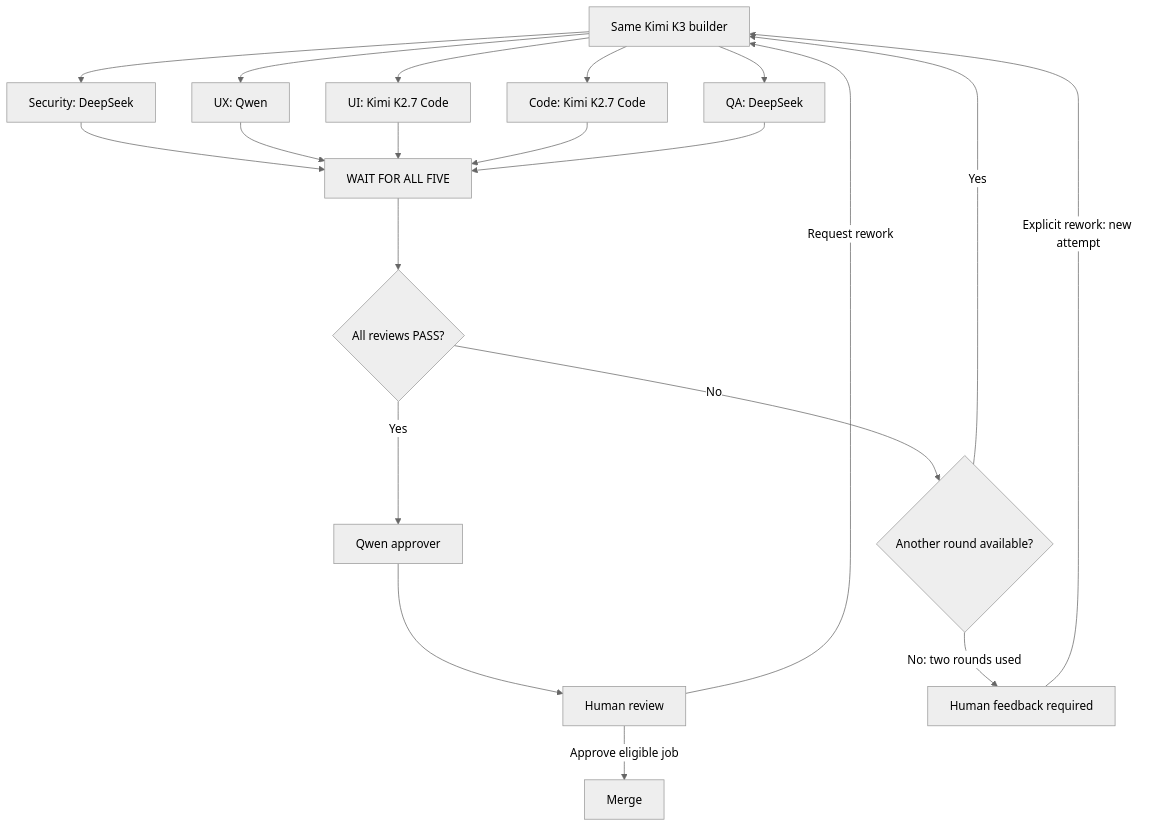
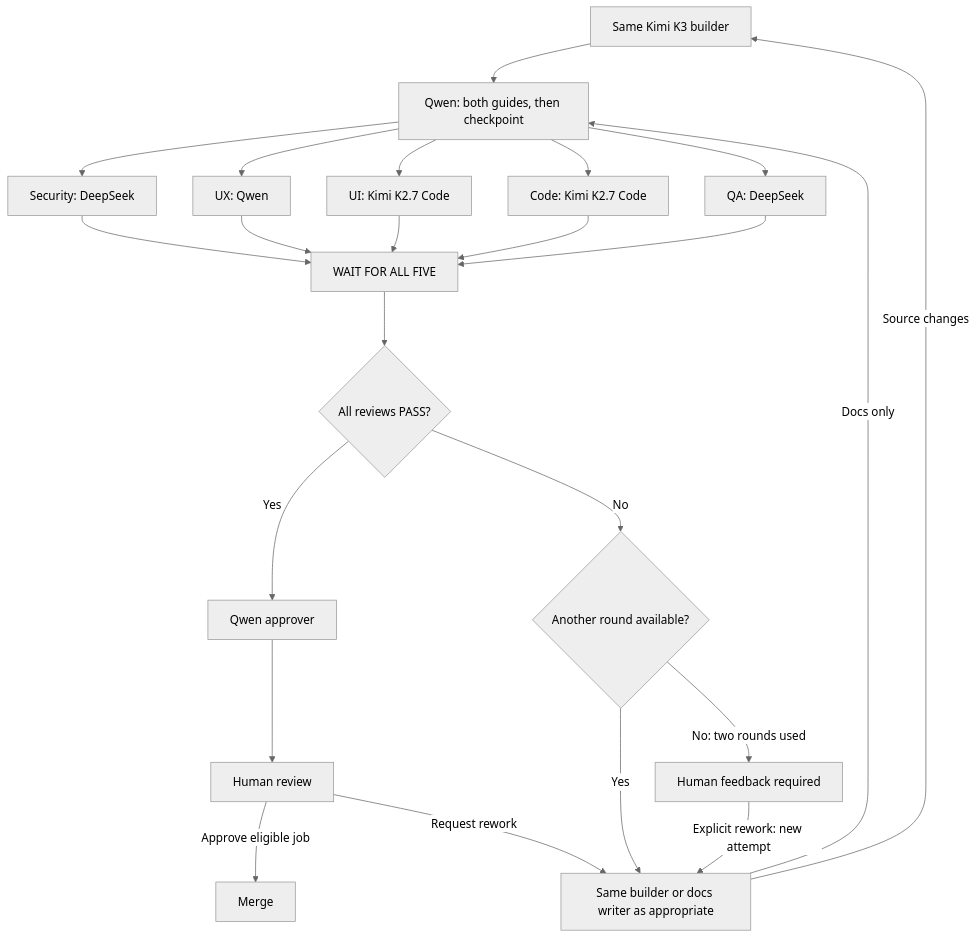
Before and after one commit to faiqfarooq/software-factory: the second of 3 diagrams in low-cost/docs/GUIDE.md, drawn with Mermaid (neutral theme). The commit also changed other lines of this file and 13 other files, not shown here.

````diff
--- a/low-cost/docs/GUIDE.md
+++ b/low-cost/docs/GUIDE.md
@@ -60,27 +84,30 @@
 ```mermaid
 flowchart TD
     Builder["Same Kimi K3 builder"]
 
-    Builder --> Security["Security: DeepSeek"]
-    Builder --> UX["UX: Qwen"]
-    Builder --> UI["UI: Kimi K2.7 Code"]
-    Builder --> Code["Code: Kimi K2.7 Code"]
-    Builder --> QA["QA: DeepSeek"]
+    Builder --> Docs["Qwen: both guides, then checkpoint"]
+    Docs --> Security["Security: DeepSeek"]
+    Docs --> UX["UX: Qwen"]
+    Docs --> UI["UI: Kimi K2.7 Code"]
+    Docs --> Code["Code: Kimi K2.7 Code"]
+    Docs --> QA["QA: DeepSeek"]
 
     Security --> Wait["WAIT FOR ALL FIVE"]
     UX --> Wait
     UI --> Wait
     Code --> Wait
     QA --> Wait
 
     Wait --> Verdict{"All reviews PASS?"}
     Verdict -->|Yes| Approver["Qwen approver"]
     Approver --> Human["Human review"]
     Human -->|Approve eligible job| Merge["Merge"]
-    Human -->|Request rework| Builder
+    Human -->|Request rework| Rework["Same builder or docs writer as appropriate"]
 
     Verdict -->|No| Budget{"Another round available?"}
-    Budget -->|Yes| Builder
+    Budget -->|Yes| Rework
     Budget -->|No: two rounds used| Feedback["Human feedback required"]
-    Feedback -->|Explicit rework: new attempt| Builder
+    Feedback -->|Explicit rework: new attempt| Rework
+    Rework -->|Source changes| Builder
+    Rework -->|Docs only| Docs
 ```
````
